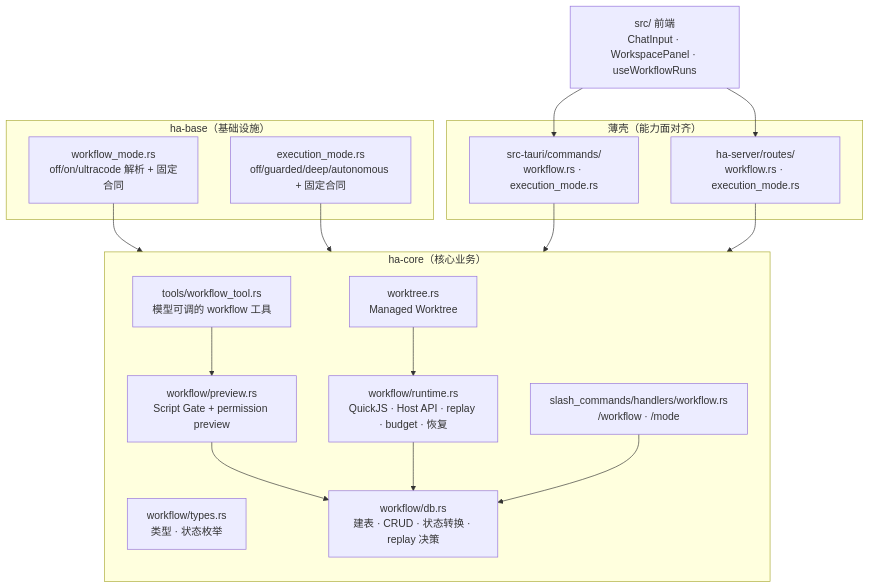
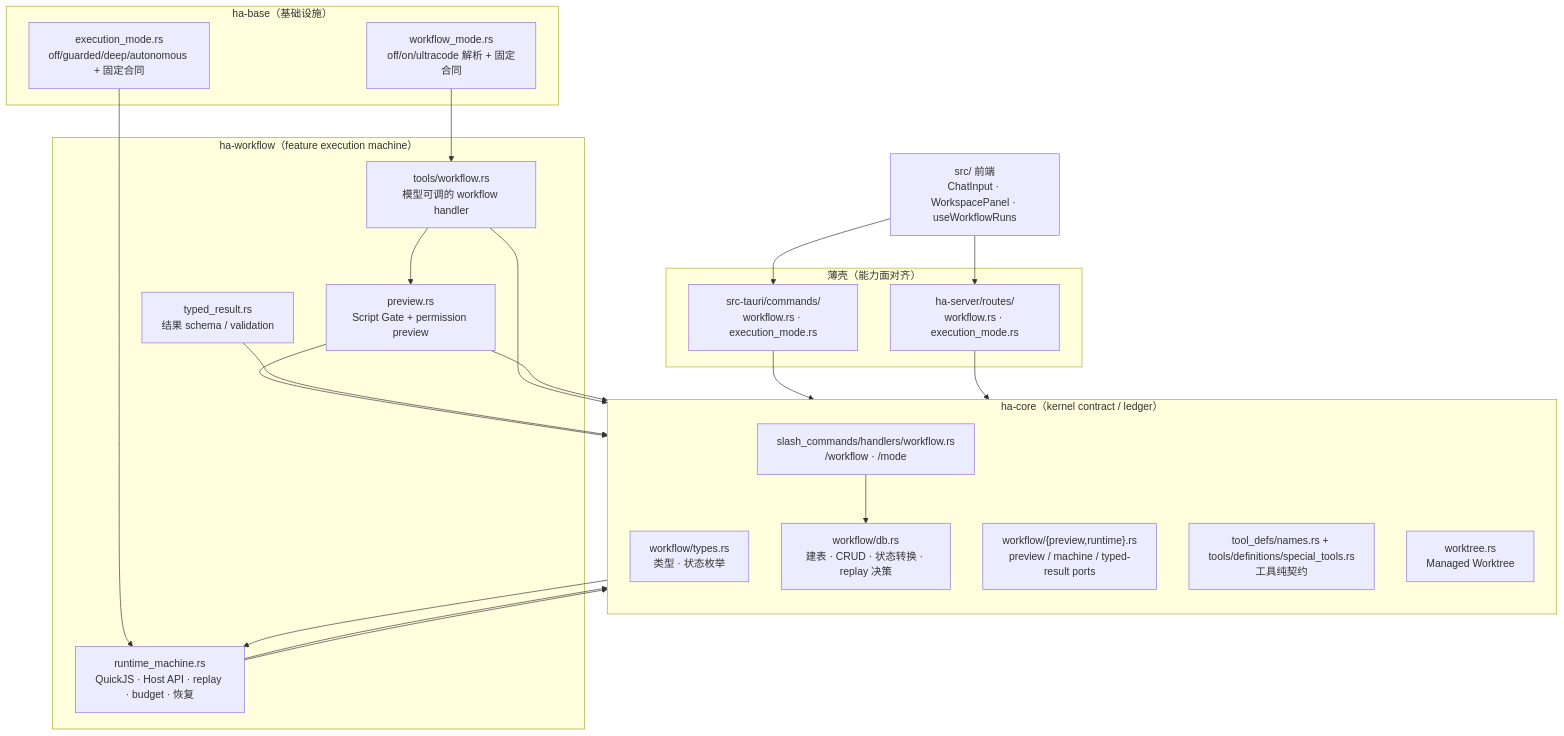
The second of 6 diagrams in docs/architecture/agent/workflow.md (shiwenwen/hope-agent), drawn with Mermaid before and after one commit. The commit also changed other lines of this file and 230 other files, not shown here.

Commit message:
🦭 refactor: converge agent kernel and execution runtimes

````diff
--- a/docs/architecture/agent/workflow.md
+++ b/docs/architecture/agent/workflow.md
@@ -71,37 +71,47 @@
 ```mermaid
 flowchart TB
-    subgraph kernel["ha-core（核心业务）"]
+    subgraph kernel["ha-core（kernel contract / ledger）"]
         direction TB
         TYPES["workflow/types.rs<br/>类型 · 状态枚举"]
         DB["workflow/db.rs<br/>建表 · CRUD · 状态转换 · replay 决策"]
-        PREVIEW["workflow/preview.rs<br/>Script Gate + permission preview"]
-        RUNTIME["workflow/runtime.rs<br/>QuickJS · Host API · replay · budget · 恢复"]
-        TOOL["tools/workflow_tool.rs<br/>模型可调的 workflow 工具"]
+        PORTS["workflow/{preview,runtime}.rs<br/>preview / machine / typed-result ports"]
+        DEFS["tool_defs/names.rs + tools/definitions/special_tools.rs<br/>工具纯契约"]
         WT["worktree.rs<br/>Managed Worktree"]
         SLASH["slash_commands/handlers/workflow.rs<br/>/workflow · /mode"]
+    end
+
+    subgraph feature["ha-workflow（feature execution machine）"]
+        PREVIEW["preview.rs<br/>Script Gate + permission preview"]
+        RUNTIME["runtime_machine.rs<br/>QuickJS · Host API · replay · budget · 恢复"]
+        TYPED["typed_result.rs<br/>结果 schema / validation"]
+        TOOL["tools/workflow.rs<br/>模型可调的 workflow handler"]
     end
 
     subgraph base["ha-base（基础设施）"]
         WMODE["workflow_mode.rs<br/>off/on/ultracode 解析 + 固定合同"]
         EMODE["execution_mode.rs<br/>off/guarded/deep/autonomous + 固定合同"]
     end
 
     subgraph shells["薄壳（能力面对齐）"]
         TAURI["src-tauri/commands/<br/>workflow.rs · execution_mode.rs"]
         HTTP["ha-server/routes/<br/>workflow.rs · execution_mode.rs"]
     end
 
     GUI["src/ 前端<br/>ChatInput · WorkspacePanel · useWorkflowRuns"]
 
     WMODE --> TOOL
     EMODE --> RUNTIME
+    PREVIEW --> PORTS
+    RUNTIME --> PORTS
+    TYPED --> PORTS
+    TOOL --> DEFS
     TOOL --> PREVIEW
     PREVIEW --> DB
     RUNTIME --> DB
     WT --> RUNTIME
     TAURI --> DB
     HTTP --> DB
     SLASH --> DB
     GUI --> TAURI
     GUI --> HTTP
 ```
````
